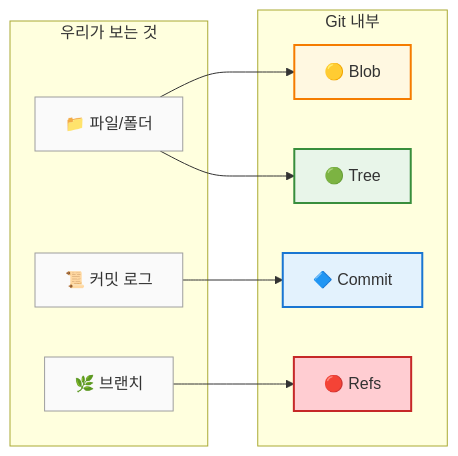
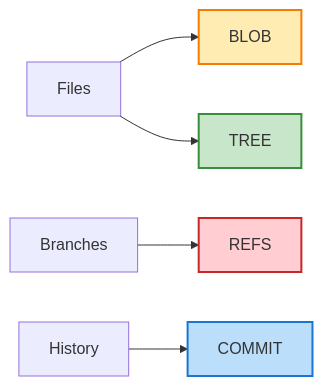
Before and after one commit to hiddenpunch/hiddenpunch.github.io: the eighth of 8 diagrams in content/posts/git-internals-01-object-storage.md, drawn with Mermaid. The commit also changed other lines of this file, not shown here.

Commit message:
Simplify Mermaid: English only, code blocks

````diff
--- a/content/posts/git-internals-01-object-storage.md
+++ b/content/posts/git-internals-01-object-storage.md
@@ -370,28 +314,20 @@
-<div class="mermaid">
+```mermaid
 flowchart LR
-    subgraph ui[우리가 보는 것]
-        A1[📁 파일/폴더]
-        A2[🌿 브랜치]
-        A3[📜 커밋 로그]
-    end
-    
-    subgraph internal[Git 내부]
-        B1[🟡 Blob]
-        B2[🟢 Tree]
-        B3[🔷 Commit]
-        B4[🔴 Refs]
-    end
+    A1[Files]
+    A2[Branches]
+    A3[History]
+    B1[BLOB]
+    B2[TREE]
+    B3[COMMIT]
+    B4[REFS]
     
     A1 --> B1
     A1 --> B2
     A2 --> B4
     A3 --> B3
     
-    style A1 fill:#fafafa,stroke:#9e9e9e,stroke-width:1px
-    style A2 fill:#fafafa,stroke:#9e9e9e,stroke-width:1px
-    style A3 fill:#fafafa,stroke:#9e9e9e,stroke-width:1px
-    style B1 fill:#fff8e1,stroke:#f57c00,stroke-width:2px
-    style B2 fill:#e8f5e9,stroke:#388e3c,stroke-width:2px
-    style B3 fill:#e3f2fd,stroke:#1976d2,stroke-width:2px
+    style B1 fill:#ffecb3,stroke:#f57c00,stroke-width:2px
+    style B2 fill:#c8e6c9,stroke:#388e3c,stroke-width:2px
+    style B3 fill:#bbdefb,stroke:#1976d2,stroke-width:2px
     style B4 fill:#ffcdd2,stroke:#c62828,stroke-width:2px
-</div>
+```
````
